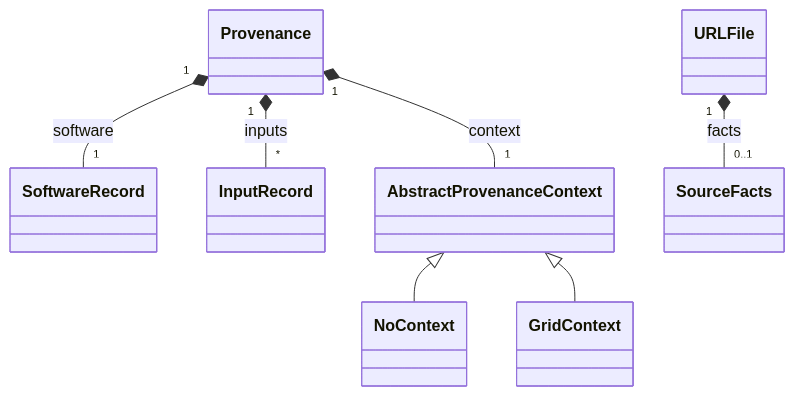
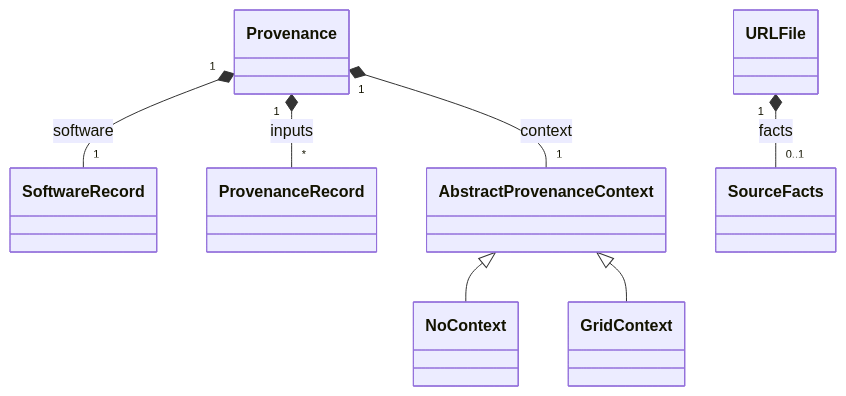
Before and after one commit to EcoJulia/EcoSISTEM.jl: diagram 22 of 23 in data/architecture.md, drawn with Mermaid. The commit also changed other lines of this file and 48 other files, not shown here.

````diff
--- a/data/architecture.md
+++ b/data/architecture.md
@@ -1089,17 +1093,17 @@
 ```mermaid
 classDiagram
     class Provenance
     class SoftwareRecord
-    class InputRecord
+    class ProvenanceRecord
     class SourceFacts
     class URLFile
     class AbstractProvenanceContext
     class NoContext
     class GridContext
     Provenance "1" *-- "1" SoftwareRecord : software
-    Provenance "1" *-- "*" InputRecord : inputs
+    Provenance "1" *-- "*" ProvenanceRecord : inputs
     Provenance "1" *-- "1" AbstractProvenanceContext : context
     URLFile "1" *-- "0..1" SourceFacts : facts
     AbstractProvenanceContext <|-- NoContext
     AbstractProvenanceContext <|-- GridContext
 ```
````
